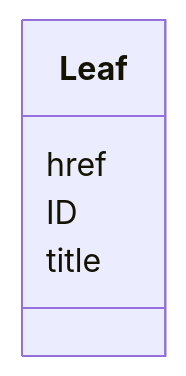
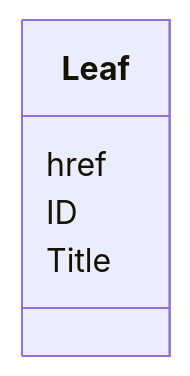
One commit to cdisc-org/DataExchange-ODM-LinkML changed the diagram in docs/Leaf.md. Above: the diagram before and after it, drawn with Mermaid. The commit also changed other lines of this file and 555 other files, not shown here.

````diff
--- a/docs/Leaf.md
+++ b/docs/Leaf.md
@@ -14,11 +14,11 @@
 ```mermaid
  classDiagram
     class Leaf
       Leaf : href
         
       Leaf : ID
         
-      Leaf : title
+      Leaf : Title
         
       
 ```
````
